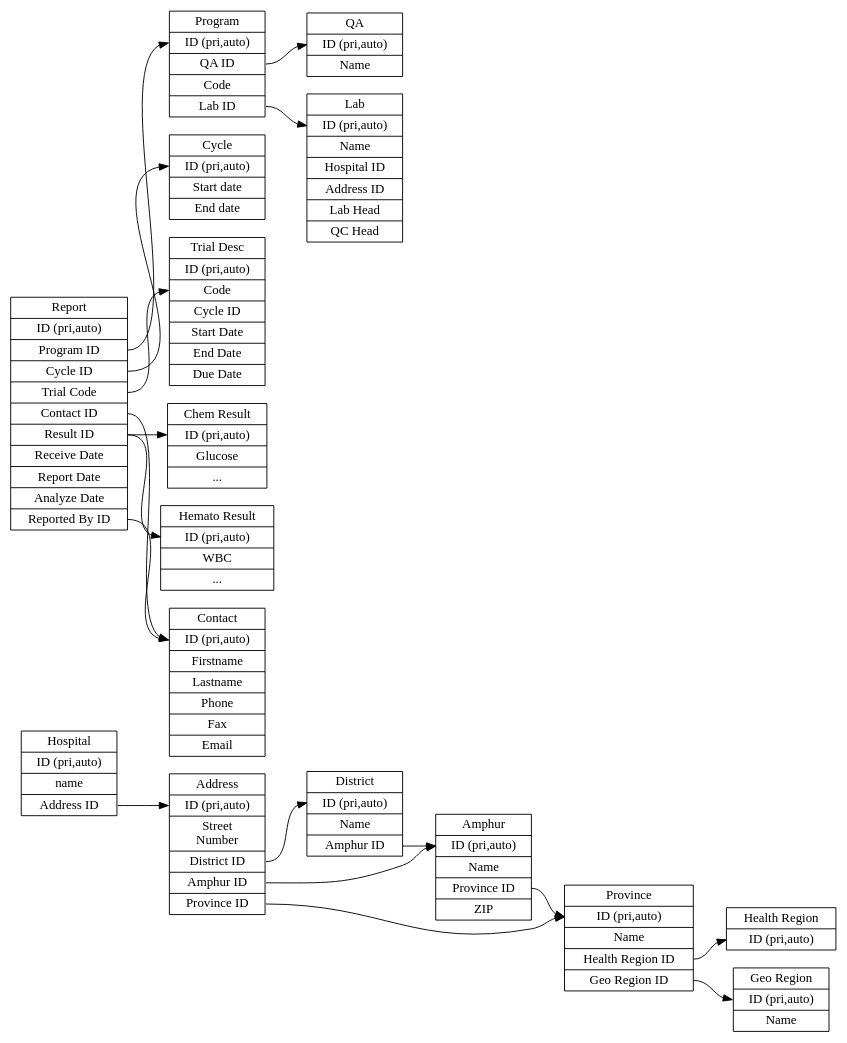
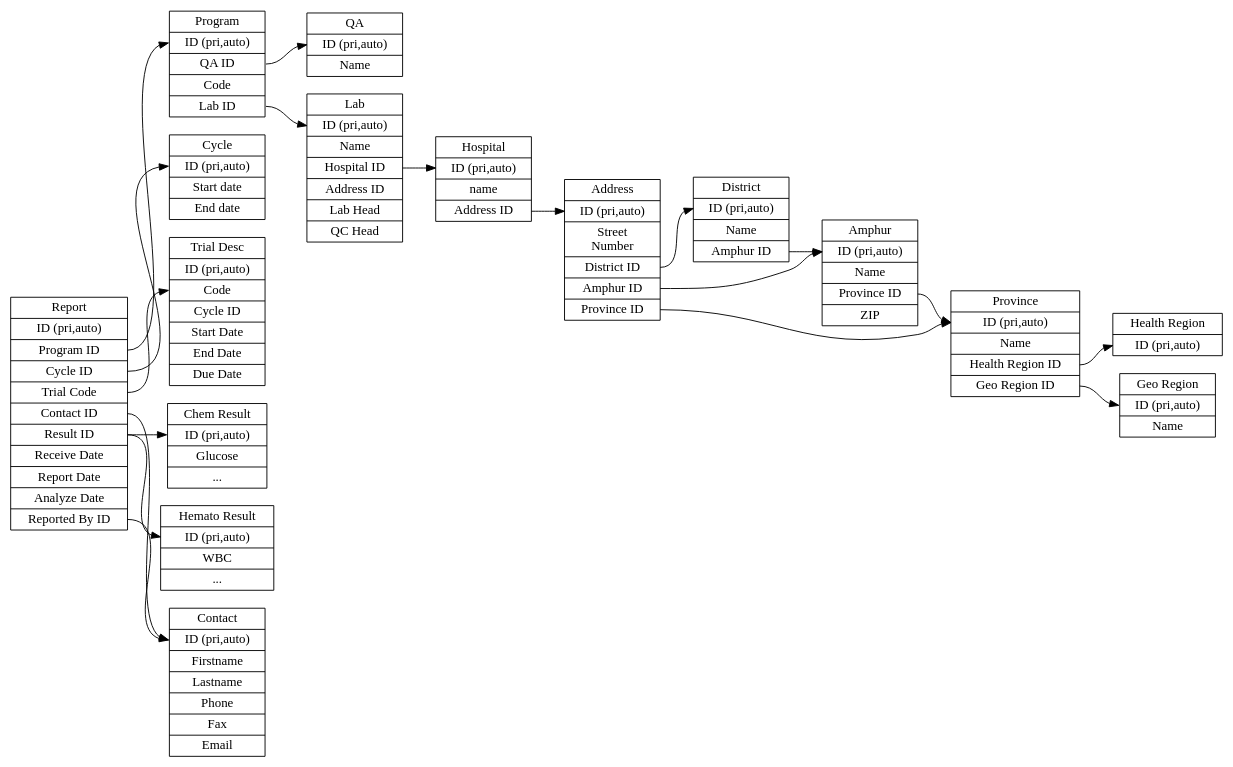
Before and after one commit to likit/medtech-ieqa: the diagram in customerdb.dot, drawn with Graphviz. The commit also changed 1 other file, not shown here.

Commit message:
edited the db chart
added a script for creating the tables

```diff
--- a/customerdb.dot
+++ b/customerdb.dot
@@ -1,45 +1,46 @@
 digraph G {
     graph [rankdir = "LR"];
-    "hospital_table" [shape = "record" label = "Hospital|ID (pri,auto)|name|<f3>Address ID"];
+    "hospital_table" [shape = "record" label = "Hospital|<f1>ID (pri,auto)|name|<f3>Address ID"];
     "address_table" [shape = "record" label="Address|<f1>ID (pri,auto)|Street\nNumber|<f3>District ID|<f4>Amphur ID|<f5>Province ID"];
     "province_table" [shape = "record" label="Province|<f1>ID (pri,auto)|Name|<f3>Health Region ID|<f4>Geo Region ID"];
     "amphur_table" [shape="record" label="Amphur|<f1>ID (pri,auto)|Name|<f3>Province ID|ZIP"];
     "district_table" [shape="record" label="District|<f1>ID (pri,auto)|Name|<f3>Amphur ID"];
     "health_region_table" [shape="record" label="Health Region|<f1>ID (pri,auto)"];
     "geo_region_table" [shape="record" label="Geo Region|<f1>ID (pri,auto)|Name"];
 
-    "lab_table" [shape="record" label="Lab|<f1>ID (pri,auto)|Name|Hospital ID|Address ID|Lab Head|QC Head"];
+    "lab_table" [shape="record" label="Lab|<f1>ID (pri,auto)|Name|<f3>Hospital ID|Address ID|Lab Head|QC Head"];
     "contact_table" [shape="record" label="Contact|<f1>ID (pri,auto)|Firstname|Lastname|Phone|Fax|Email"];
     "program_table" [shape="record" label="Program|<f1>ID (pri,auto)|<f2>QA ID|<f3>Code|<f4>Lab ID"];
 
     "cycle_table" [shape="record" label="Cycle|<f1>ID (pri,auto)|Start date|End date"];
     "report_table" [shape="record" label="Report|<f1>ID (pri,auto)|<f2>Program ID|<f3>Cycle ID|<f4>Trial Code|<f5>Contact ID|<f6>Result ID|Receive Date|Report Date|Analyze Date|<f10>Reported By ID"];
     "trial_desc_table" [shape="record" label="Trial Desc|<f1>ID (pri,auto)|<f2>Code|<f3>Cycle ID|Start Date|End Date|Due Date"];
     "qa_table" [shape="record" label="QA|<f1>ID (pri,auto)|Name"]
 
     "chem_result_table" [shape="record" label="Chem Result|<f1>ID (pri,auto)|Glucose|..."];
     "hemato_result_table" [shape="record" label="Hemato Result|<f1>ID (pri,auto)|WBC|..."];
 
     "address_table":f3 -> "district_table":f1;
     "address_table":f4 -> "amphur_table":f1;
     "address_table":f5 -> "province_table":f1;
 
     "hospital_table":f3 -> "address_table":f1;
 
     "amphur_table":f3 -> "province_table":f1;
     "district_table":f3 -> "amphur_table":f1;
 
     "province_table":f3 -> "health_region_table":f1;
     "province_table":f4 -> "geo_region_table":f1;
 
     "report_table":f3 -> "cycle_table":f1
     "report_table":f4 -> "trial_desc_table":f2
     "report_table":f5 -> "contact_table":f1;
     "report_table":f6 -> "chem_result_table":f1;
     "report_table":f6 -> "hemato_result_table":f1;
 
     "report_table":f2 -> "program_table":f1;
     "report_table":f10 -> "contact_table":f1;
     "program_table":f4 -> "lab_table":f1;
     "program_table":f2 -> "qa_table":f1;
+    "lab_table":f3 -> "hospital_table":f1;
 }
```
